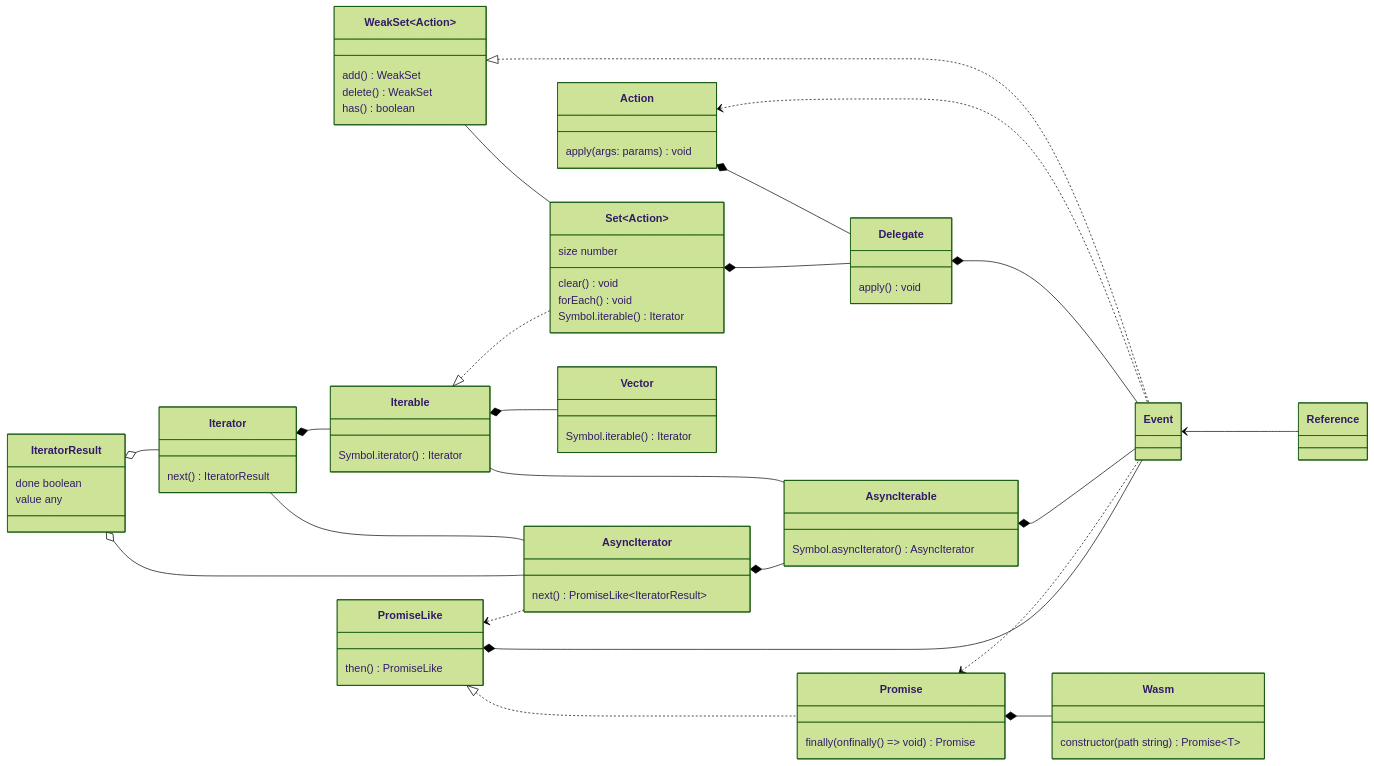
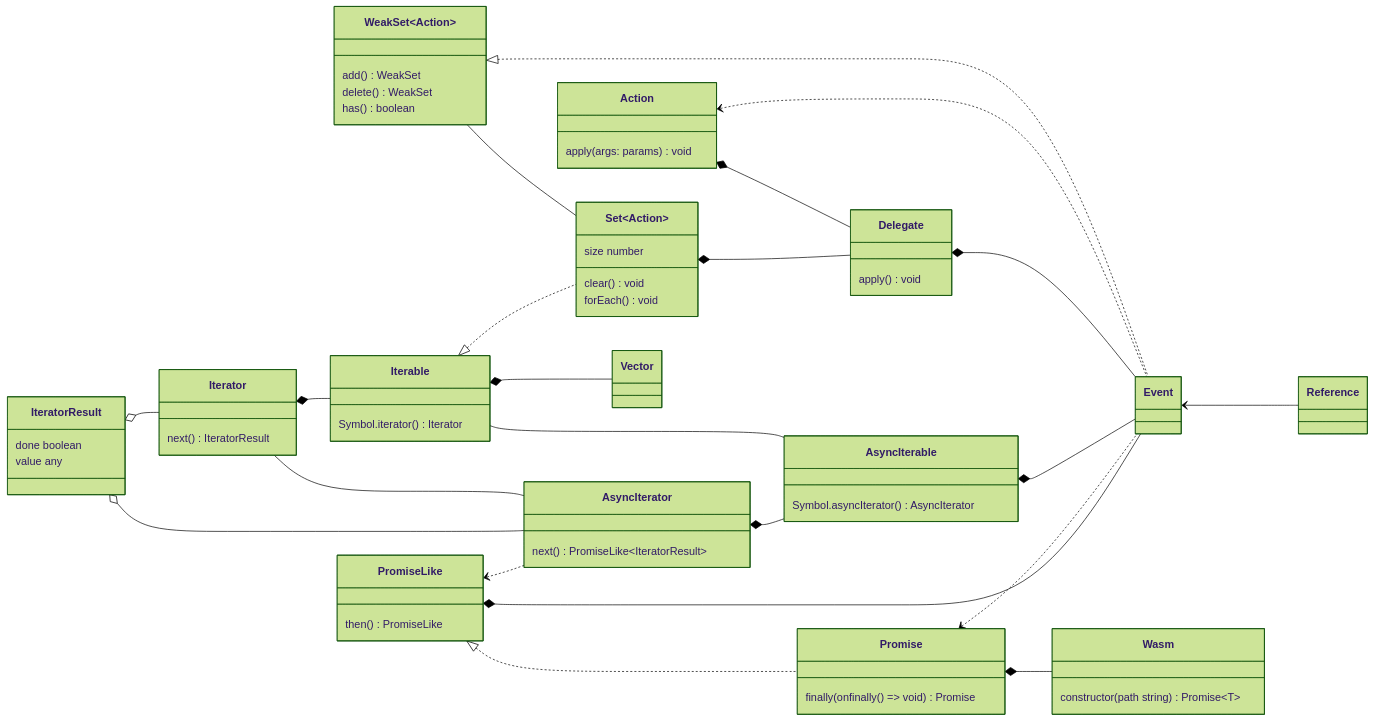
The sixth of 6 diagrams in README.md (domrally/peekeasy), drawn with Mermaid (forest theme) before and after one commit.

````diff
--- a/README.md
+++ b/README.md
@@ -245,74 +245,71 @@
 ```mermaid
 classDiagram
     direction LR
     PromiseLike <|.. Promise
     PromiseLike *-- Event
     Promise *-- Wasm
     Promise <.. Event
     PromiseLike <.. AsyncIterator
     IteratorResult o-- AsyncIterator
     Iterator -- AsyncIterator
     AsyncIterator *-- AsyncIterable
     Iterable -- AsyncIterable
     AsyncIterable *-- Event
     IteratorResult o-- Iterator
     Iterator *-- Iterable
     Iterable <|.. Set~Action~
     Delegate *-- Event
     Action <.. Event
     Set~Action~ *-- Delegate
     Action *-- Delegate
     WeakSet~Action~ -- Set~Action~
     WeakSet~Action~ <|.. Event
     Event <-- Reference
     Iterable *-- Vector
     class IteratorResult {
         done boolean
         value any
     }
     class AsyncIterable {
         Symbol.asyncIterator() AsyncIterator
     }
     class Iterable {
         Symbol.iterator() Iterator
     }
     class Iterator {
         next() IteratorResult
     }
     class AsyncIterator {
         next() PromiseLike~IteratorResult~
     }
     class PromiseLike {
         then() PromiseLike
     }
     class Promise {
         finally(onfinally () => void) Promise
     }
     class Wasm~T~ {
         constructor(path string) Promise~T~
     }
     class WeakSet {
         add() WeakSet
         delete() WeakSet
         has() boolean
     }
     class Set {
         size number
         clear() void
         forEach() void
-        Symbol.iterable() Iterator
     }
     class Action {
         apply(args: params) void
     }
     class Delegate {
         apply() void
     }
     link Delegate "https://github.com/domrally/peekeasy/blob/main/src/delegate.ts" "delegate.ts"
     class Event
     link Event "https://github.com/domrally/peekeasy/blob/main/src/event.ts" "event.ts"
-    class Vector {
-        Symbol.iterable() Iterator
-    }
+    class Vector
     link Vector "https://github.com/domrally/peekeasy/blob/main/src/vector.ts" "vector.ts"
 ```
````
